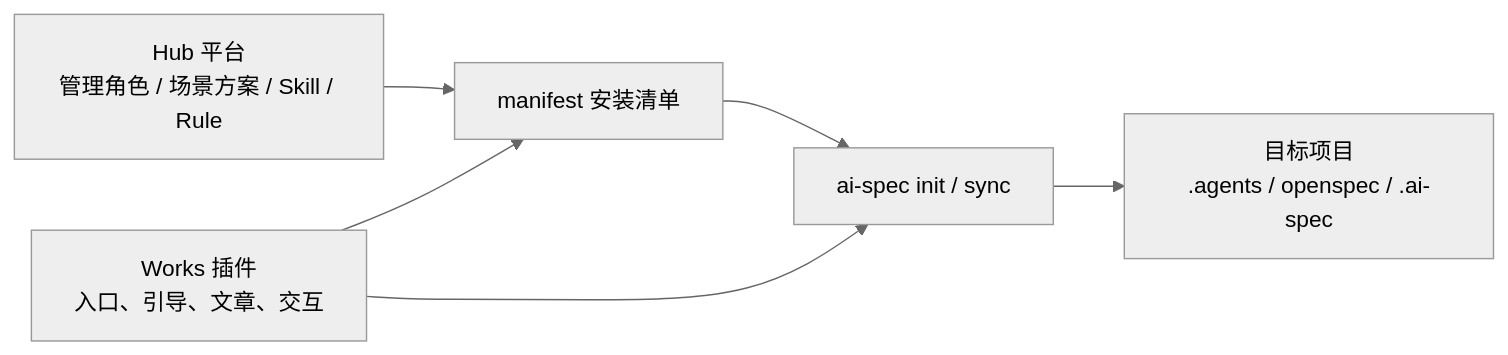
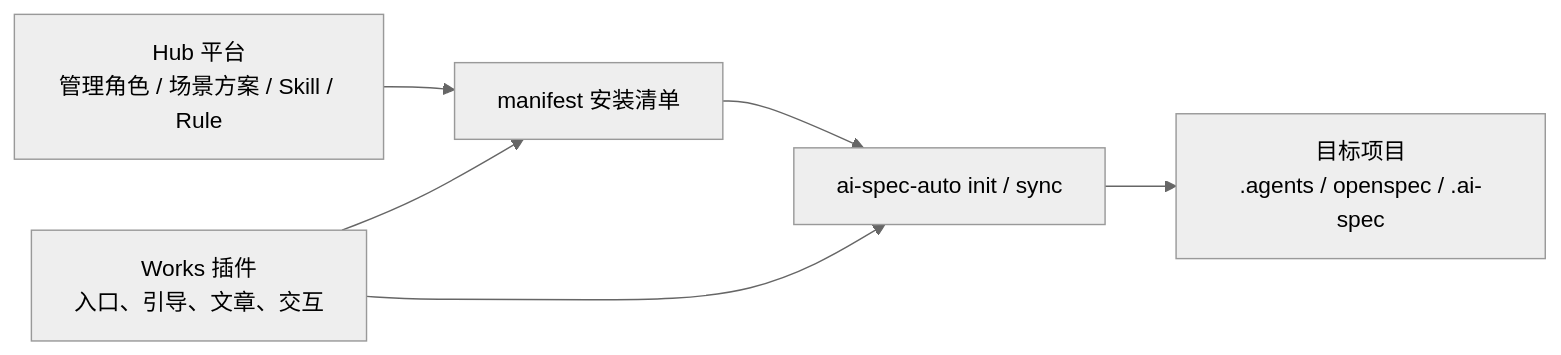
Before and after one commit to Colouful/br-ai-spec: the fourth of 7 diagrams in docs/paser_three/开发人员规范化开发实践-流程图版.md, drawn with Mermaid (neutral theme). The commit also changed other lines of this file and 92 other files, not shown here.

````diff
--- a/docs/paser_three/开发人员规范化开发实践-流程图版.md
+++ b/docs/paser_three/开发人员规范化开发实践-流程图版.md
@@ -228,8 +228,8 @@
 ```mermaid
 flowchart LR
     A["Hub 平台<br/>管理角色 / 场景方案 / Skill / Rule"] --> B["manifest 安装清单"]
-    B --> C["ai-spec init / sync"]
+    B --> C["ai-spec-auto init / sync"]
     C --> D["目标项目<br/>.agents / openspec / .ai-spec"]
     E["Works 插件<br/>入口、引导、文章、交互"] --> B
     E --> C
 ```
````
